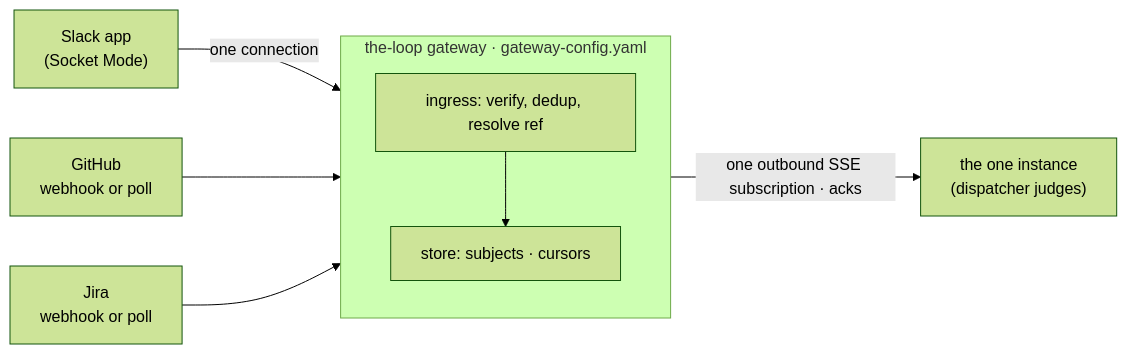
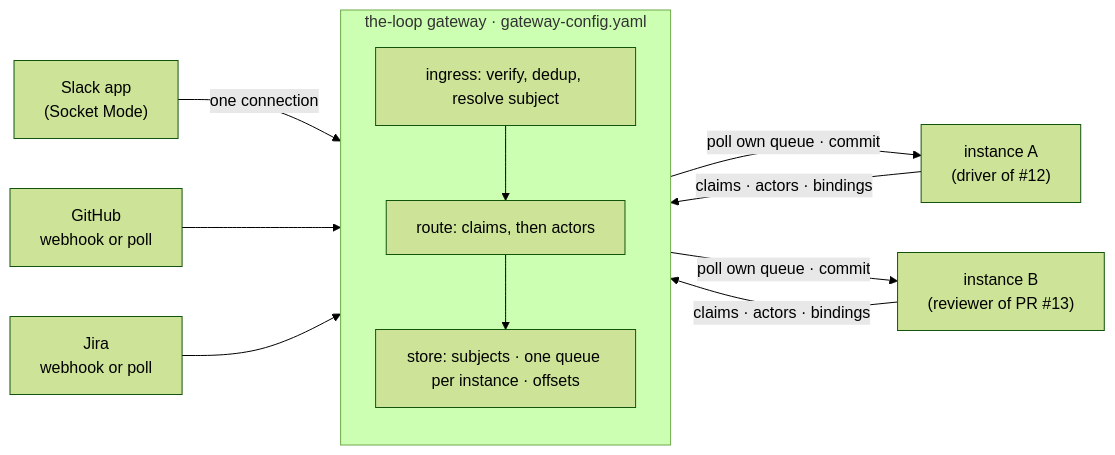
Before and after one commit to MadaraUchiha-314/the-loop: the diagram in docs/specs/issue-496/requirements.md, drawn with Mermaid (forest theme). The commit also changed other lines of this file and 1 other file, not shown here.

First line of the commit message:
docs(issue-496): requirements — amend to pull consumption and one queue per instance

````diff
--- a/docs/specs/issue-496/requirements.md
+++ b/docs/specs/issue-496/requirements.md
@@ -63,11 +67,15 @@
 ```mermaid
 flowchart LR
   SL["Slack app<br/>(Socket Mode)"] -->|"one connection"| GW
   GH["GitHub<br/>webhook or poll"] --> GW
   JI["Jira<br/>webhook or poll"] --> GW
   subgraph GW["the-loop gateway · gateway-config.yaml"]
     direction TB
-    IN["ingress: verify, dedup, resolve ref"] --> ST["store: subjects · cursors"]
+    IN["ingress: verify, dedup, resolve subject"] --> RT["route: claims, then actors"]
+    RT --> ST["store: subjects · one queue per instance · offsets"]
   end
-  ST -->|"one outbound SSE subscription · acks"| A["the one instance<br/>(dispatcher judges)"]
+  ST -->|"poll own queue · commit"| A["instance A<br/>(driver of #12)"]
+  ST -->|"poll own queue · commit"| B["instance B<br/>(reviewer of PR #13)"]
+  A -->|"claims · actors · bindings"| ST
+  B -->|"claims · actors · bindings"| ST
 ```
````
